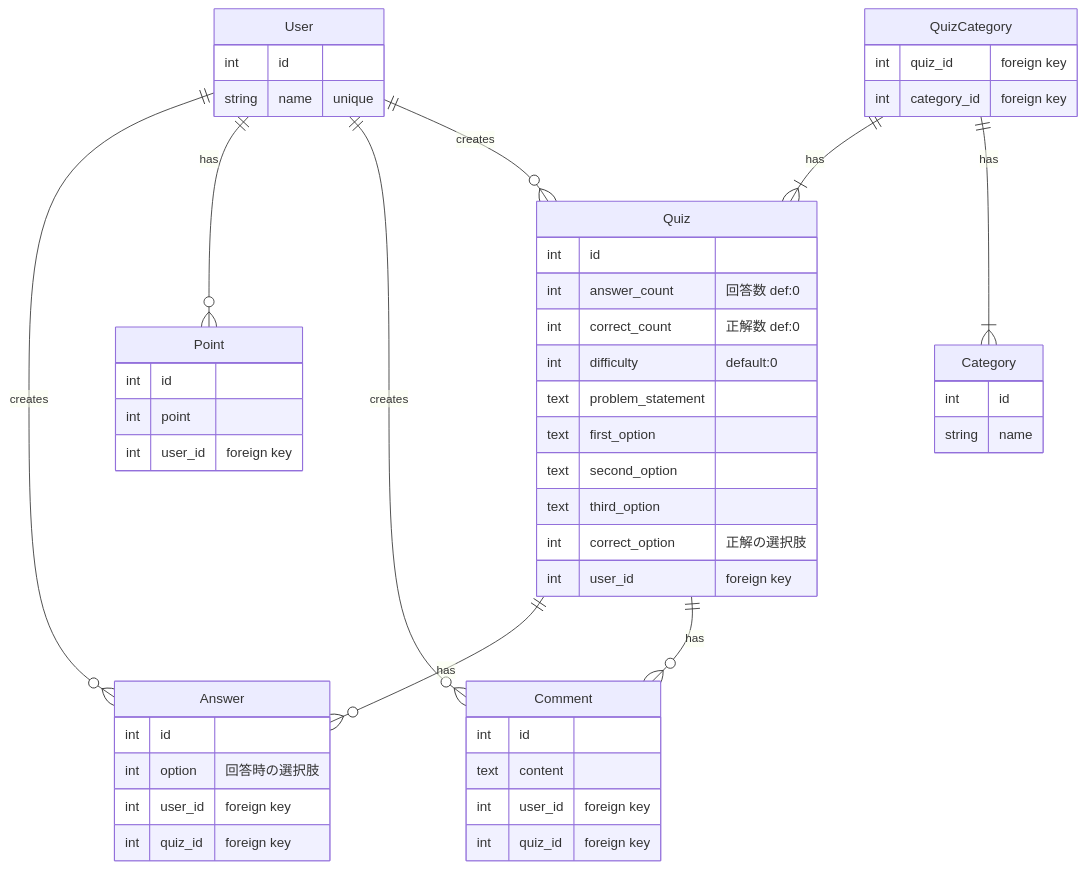
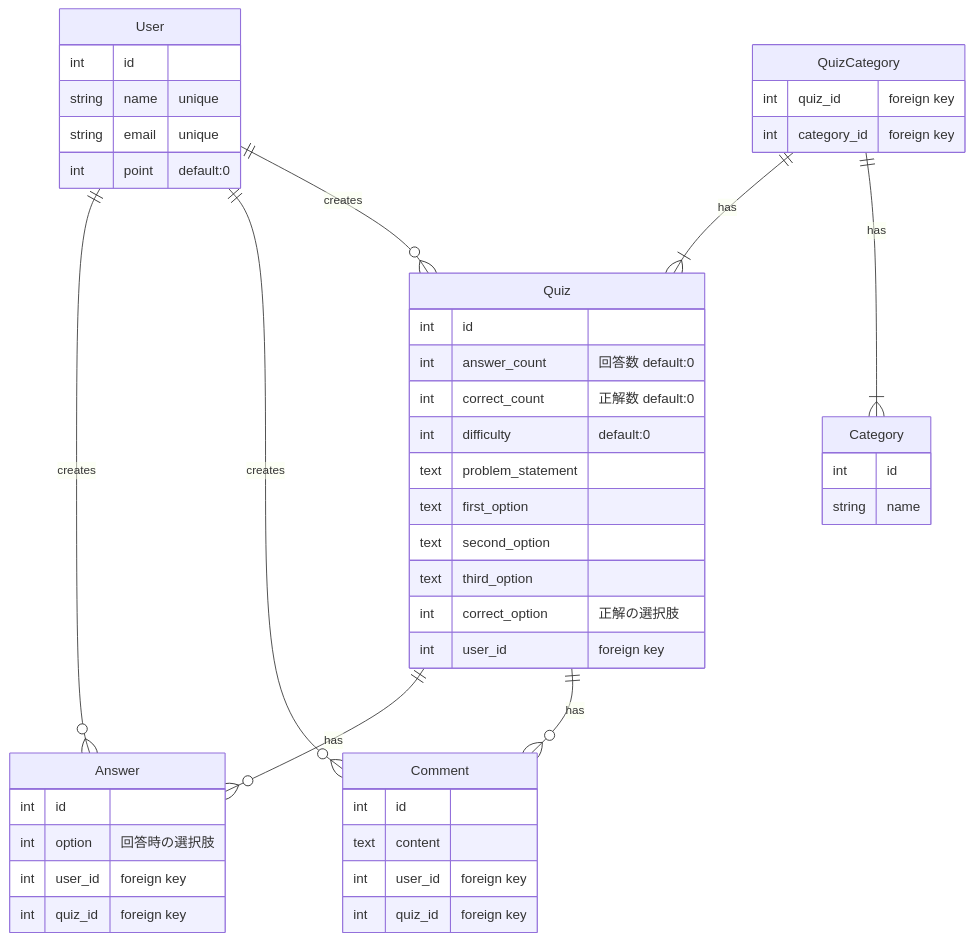
The diagram in Documents/table.md (peterdo415/original_product), drawn with Mermaid before and after one commit. The commit also changed 12 other files, not shown here.

````diff
--- a/Documents/table.md
+++ b/Documents/table.md
@@ -1,62 +1,57 @@
 ```mermaid
 erDiagram
   User ||--o{ Answer : creates
-  User ||--o{ Point : has
   User ||--o{ Comment : creates
   User ||--o{ Quiz : creates
 
   Quiz ||--o{ Answer : has
   Quiz ||--o{ Comment : has
 
   QuizCategory ||--|{ Quiz :has
   QuizCategory ||--|{ Category : has
 
   User {
     int id
     string name "unique"
+    string email "unique"
+    int point "default:0"
   }
 
   Quiz {
     int id
-    int answer_count "回答数 def:0"
-    int correct_count "正解数 def:0"
+    int answer_count "回答数 default:0"
+    int correct_count "正解数 default:0"
     int difficulty "default:0"
     text problem_statement
     text first_option
     text second_option
     text third_option
     int correct_option "正解の選択肢"
     int user_id "foreign key"
   }
 
   Answer {
     int id
     int option "回答時の選択肢"
     int user_id "foreign key"
     int quiz_id "foreign key"
-  }
-
-  Point {
-    int id
-    int point
-    int user_id "foreign key"
   }
 
   Comment {
     int id
     text content
     int user_id "foreign key"
     int quiz_id "foreign key"
   }
 
   Category {
     int id
     string name
   }
 
   QuizCategory {
     int quiz_id "foreign key"
     int category_id "foreign key"
 
   }
 ```
````
